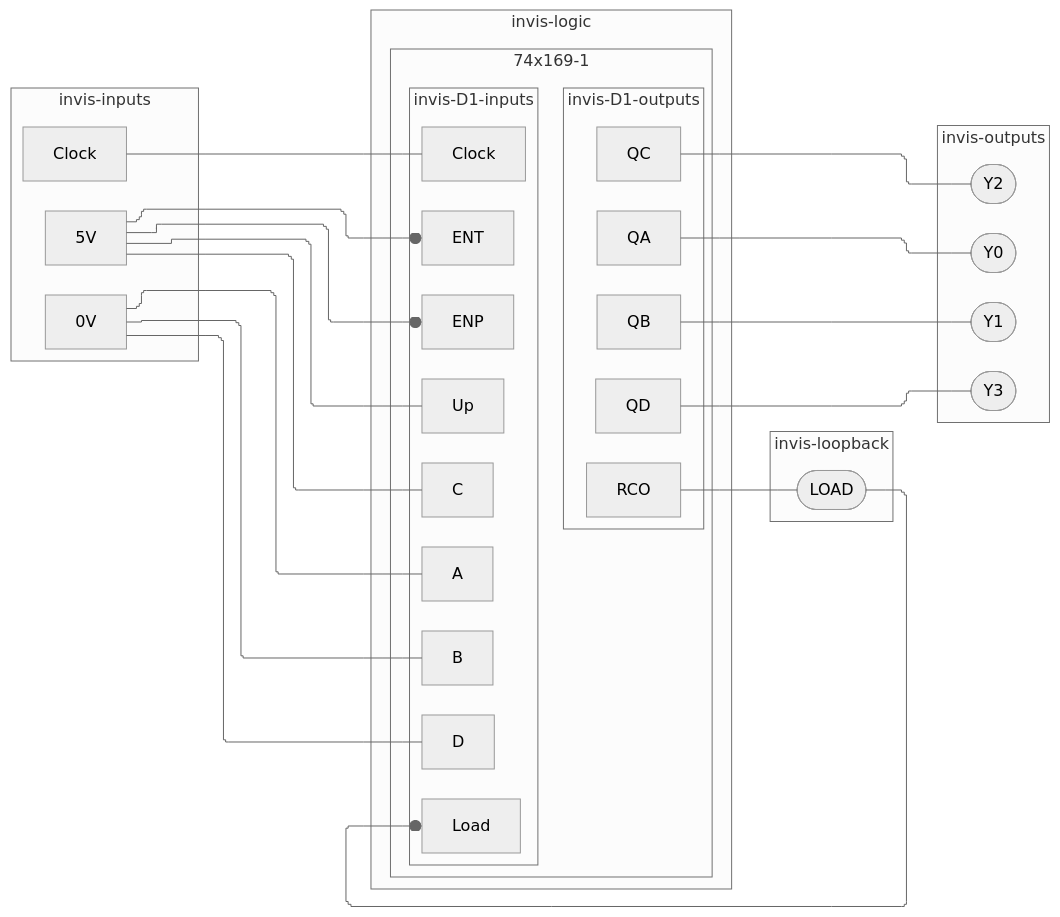
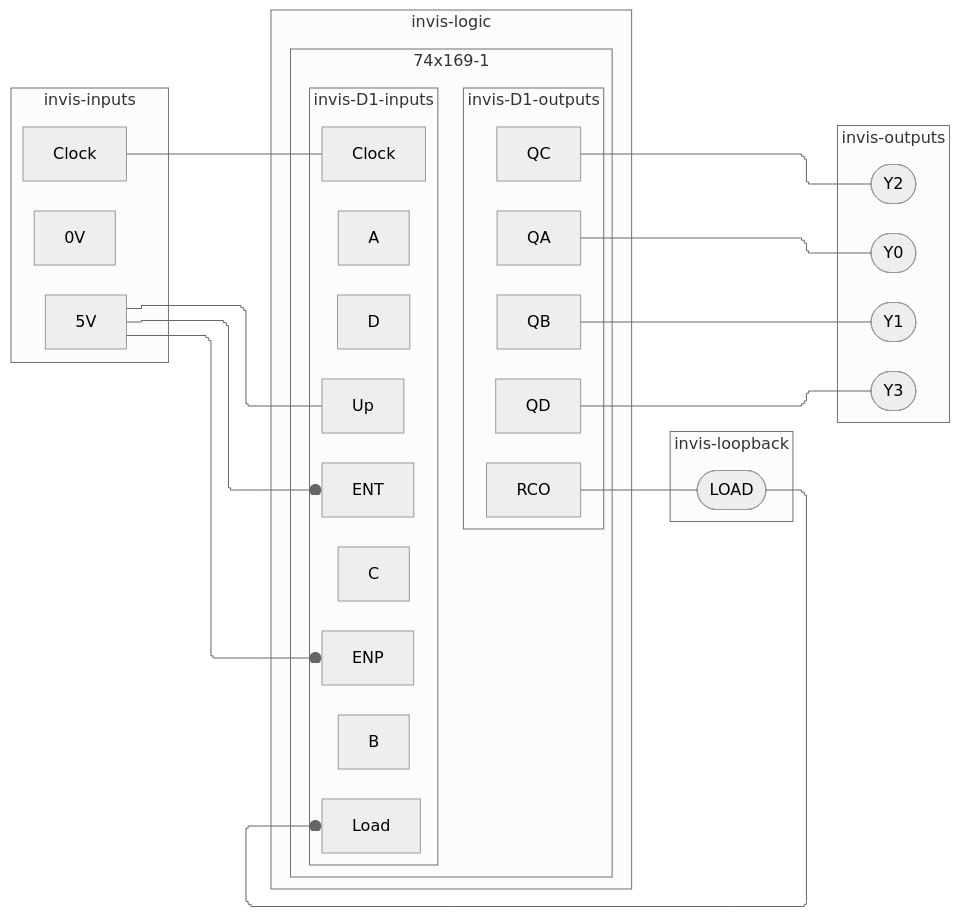
The eighth of 8 diagrams in CSDS 281 - Logic Design/HW/8/Tables.md (tnichols217/notes), drawn with Mermaid (neutral theme) before and after one commit.

Commit message:
vault backup: 2024-04-05 07:55:16

````diff
--- a/CSDS 281 - Logic Design/HW/8/Tables.md
+++ b/CSDS 281 - Logic Design/HW/8/Tables.md
@@ -408,47 +408,46 @@
 ```mermaid
 %%{ init: { 'flowchart': { 'curve': 'stepBefore', "defaultRenderer": "elk" } } }%%
 flowchart LR
 subgraph invis-inputs
 	Clock
 	5V
 	0V
 end
 subgraph invis-logic
 	subgraph 74x169-1
 		subgraph invis-D1-inputs
 			D1c[Clock]
 			D1UP[Up]
 			D1LD[Load]
 			D1ENP[ENP]
 			D1ENT[ENT]
 			D1A[A]
 			D1B[B]
 			D1C[C]
 			D1D[D]
 		end
 		Clock --- D1c
 		subgraph invis-D1-outputs
 			Q1A[QA]
 			Q1B[QB]
 			Q1C[QC]
 			Q1D[QD]
 			Q1RCO[RCO]
 		end
 		invis-D1-inputs ~~~ invis-D1-outputs
 	end
-	5V --- D1C & D1UP
+	5V --- D1UP
 	5V ---o D1ENT & D1ENP
-	0V --- D1A & D1B & D1D
 end
 subgraph invis-loopback
 	Q1RCO --- LOAD([LOAD])
 	LOAD ---o D1LD
 end
 subgraph invis-outputs
 		Q1A --- Y0([Y0])
 		Q1B --- Y1([Y1])
 		Q1C --- Y2([Y2])
 		Q1D --- Y3([Y3])
 end
 invis-inputs ~~~ invis-logic ~~~ invis-loopback ~~~ invis-outputs
 ```
````
